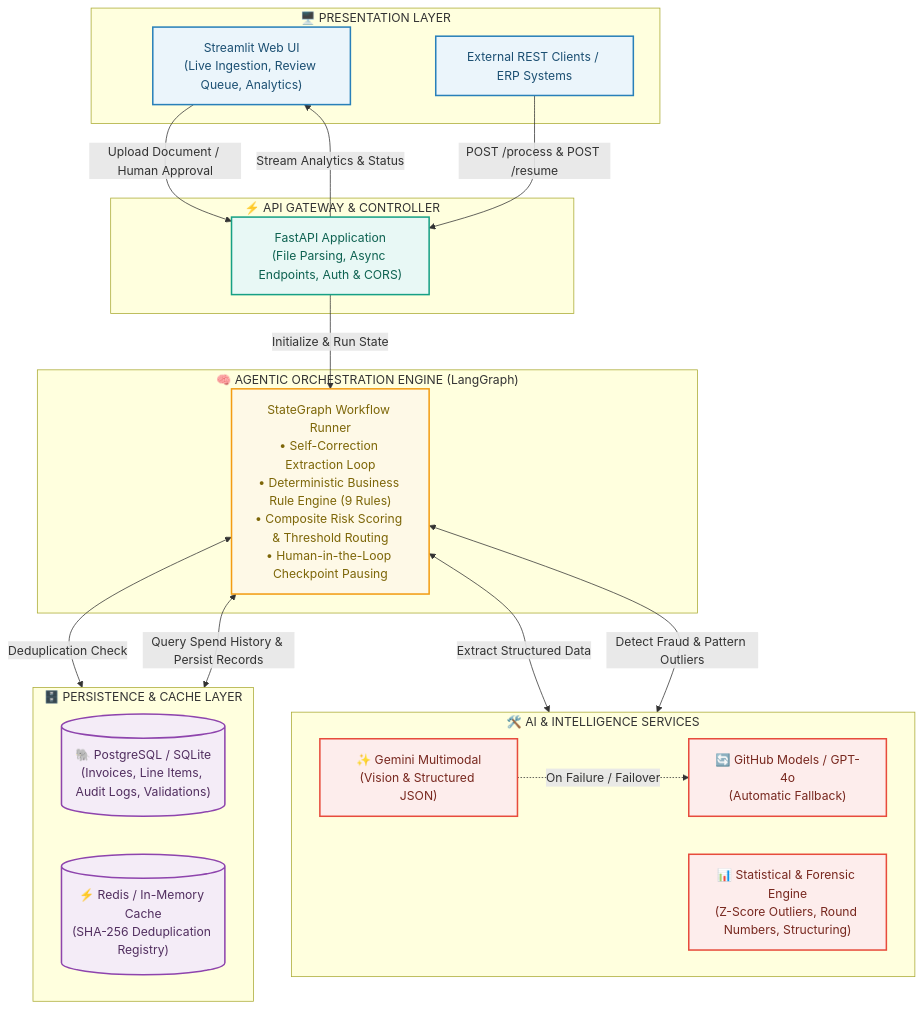
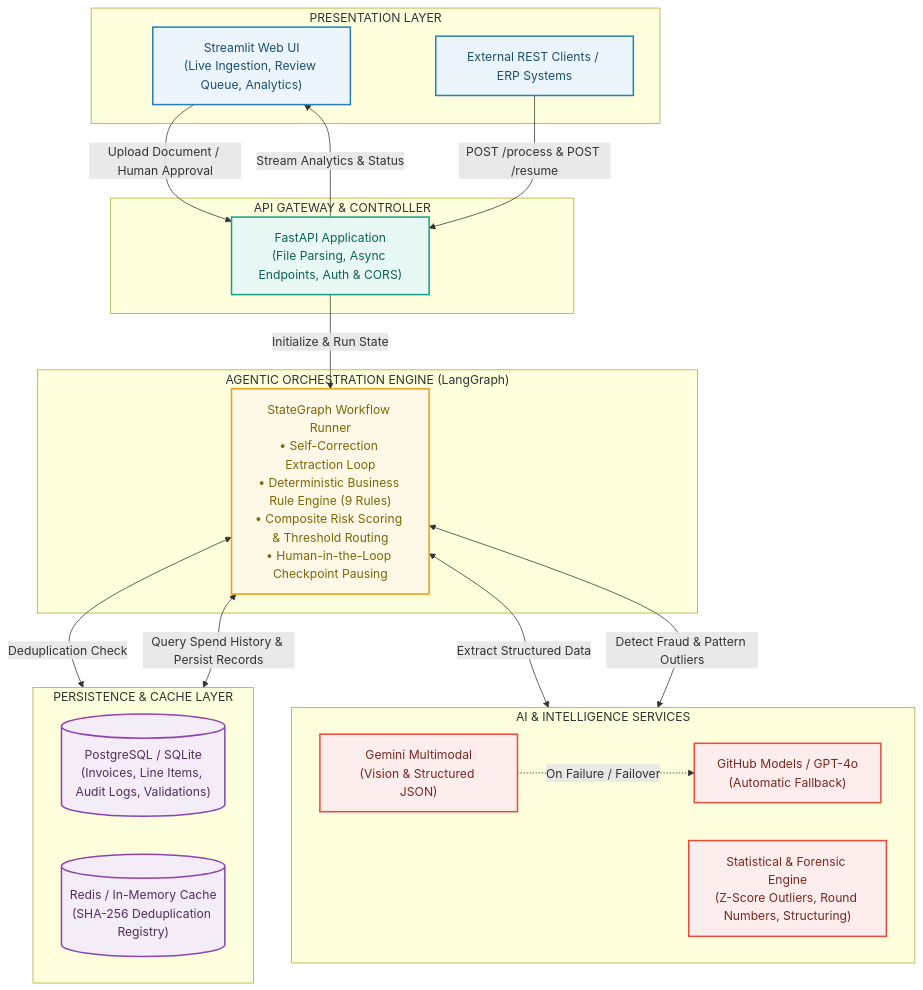
One commit to ayushcodes27/doc-agent changed the diagram in README.md. Above: the diagram before and after it, drawn with Mermaid. The commit also changed other lines of this file and 28 other files, not shown here.

````diff
--- a/README.md
+++ b/README.md
@@ -24,44 +24,44 @@
 ```mermaid
 graph TB
     classDef clientStyle fill:#EBF5FB,stroke:#2980B9,stroke-width:2px,color:#1B4F72;
     classDef gatewayStyle fill:#E8F8F5,stroke:#16A085,stroke-width:2px,color:#0E6251;
     classDef agentStyle fill:#FEF9E7,stroke:#F39C12,stroke-width:2px,color:#7D6608;
     classDef toolStyle fill:#FDEDEC,stroke:#E74C3C,stroke-width:2px,color:#78281F;
     classDef dataStyle fill:#F4ECF7,stroke:#8E44AD,stroke-width:2px,color:#512E5F;
 
-    subgraph L1["🖥️ PRESENTATION LAYER"]
+    subgraph L1["PRESENTATION LAYER"]
         UI["Streamlit Web UI<br/>(Live Ingestion, Review Queue, Analytics)"]:::clientStyle
         API_CLIENT["External REST Clients / ERP Systems"]:::clientStyle
     end
 
-    subgraph L2["⚡ API GATEWAY & CONTROLLER"]
+    subgraph L2["API GATEWAY & CONTROLLER"]
         FASTAPI["FastAPI Application<br/>(File Parsing, Async Endpoints, Auth & CORS)"]:::gatewayStyle
     end
 
-    subgraph L3["🧠 AGENTIC ORCHESTRATION ENGINE (LangGraph)"]
+    subgraph L3["AGENTIC ORCHESTRATION ENGINE (LangGraph)"]
         GRAPH["StateGraph Workflow Runner<br/>• Self-Correction Extraction Loop<br/>• Deterministic Business Rule Engine (9 Rules)<br/>• Composite Risk Scoring & Threshold Routing<br/>• Human-in-the-Loop Checkpoint Pausing"]:::agentStyle
     end
 
-    subgraph L4["🛠️ AI & INTELLIGENCE SERVICES"]
+    subgraph L4["AI & INTELLIGENCE SERVICES"]
         direction LR
-        LLM_PRIMARY["✨ Gemini Multimodal<br/>(Vision & Structured JSON)"]:::toolStyle
-        LLM_FALLBACK["🔄 GitHub Models / GPT-4o<br/>(Automatic Fallback)"]:::toolStyle
-        ANOMALY_ENGINE["📊 Statistical & Forensic Engine<br/>(Z-Score Outliers, Round Numbers, Structuring)"]:::toolStyle
+        LLM_PRIMARY["Gemini Multimodal<br/>(Vision & Structured JSON)"]:::toolStyle
+        LLM_FALLBACK["GitHub Models / GPT-4o<br/>(Automatic Fallback)"]:::toolStyle
+        ANOMALY_ENGINE["Statistical & Forensic Engine<br/>(Z-Score Outliers, Round Numbers, Structuring)"]:::toolStyle
     end
 
-    subgraph L5["🗄️ PERSISTENCE & CACHE LAYER"]
+    subgraph L5["PERSISTENCE & CACHE LAYER"]
         direction LR
-        DB[("🐘 PostgreSQL / SQLite<br/>(Invoices, Line Items, Audit Logs, Validations)")]:::dataStyle
-        CACHE[("⚡ Redis / In-Memory Cache<br/>(SHA-256 Deduplication Registry)")]:::dataStyle
+        DB[("PostgreSQL / SQLite<br/>(Invoices, Line Items, Audit Logs, Validations)")]:::dataStyle
+        CACHE[("Redis / In-Memory Cache<br/>(SHA-256 Deduplication Registry)")]:::dataStyle
     end
 
     UI -->|Upload Document / Human Approval| FASTAPI
     API_CLIENT -->|POST /process & POST /resume| FASTAPI
     FASTAPI -->|Initialize & Run State| GRAPH
     GRAPH <-->|Extract Structured Data| LLM_PRIMARY
     LLM_PRIMARY -.->|On Failure / Failover| LLM_FALLBACK
     GRAPH <-->|Detect Fraud & Pattern Outliers| ANOMALY_ENGINE
     GRAPH <-->|Deduplication Check| CACHE
     GRAPH <-->|Query Spend History & Persist Records| DB
     FASTAPI -->|Stream Analytics & Status| UI
 ```
````
